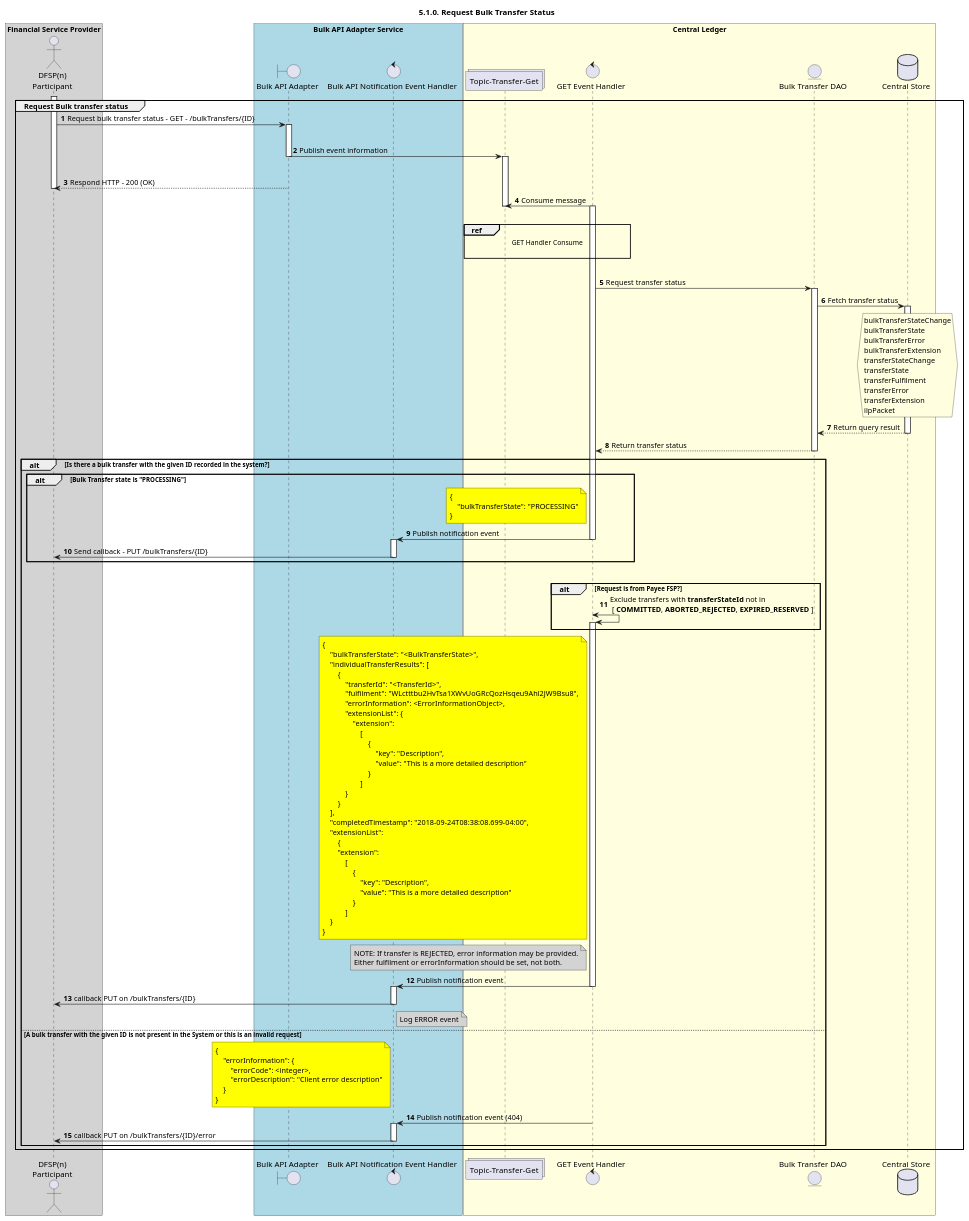
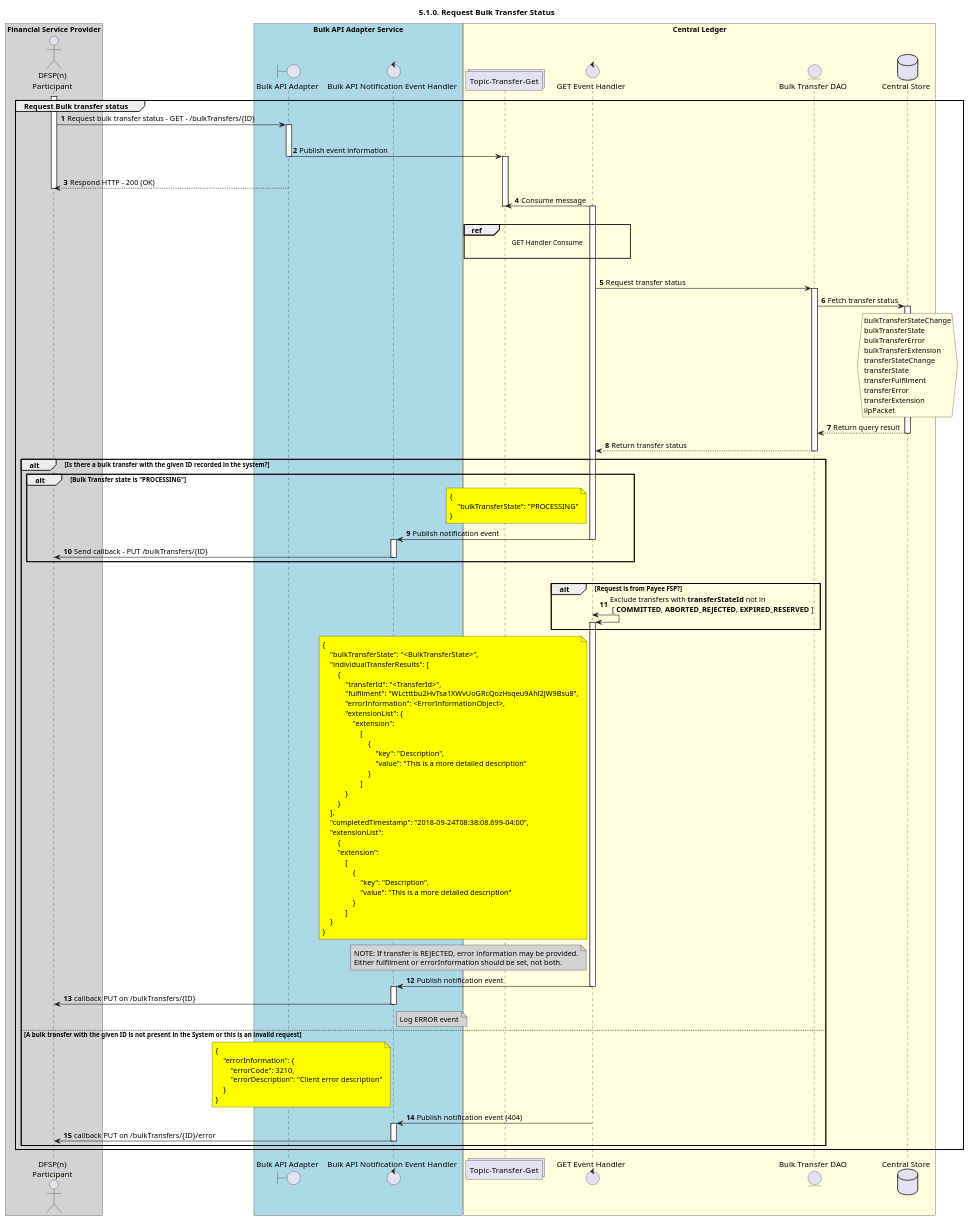
One commit to mojaloop/documentation changed the diagram in mojaloop-technical-overview/central-bulk-transfers/assets/diagrams/sequence/seq-bulk-5.1.0-get-overview.plantuml. Above: the diagram before and after it, drawn with PlantUML.

```diff
--- a/mojaloop-technical-overview/central-bulk-transfers/assets/diagrams/sequence/seq-bulk-5.1.0-get-overview.plantuml
+++ b/mojaloop-technical-overview/central-bulk-transfers/assets/diagrams/sequence/seq-bulk-5.1.0-get-overview.plantuml
@@ -25,156 +25,156 @@
 @startuml
 ' declate title
 title 5.1.0. Request Bulk Transfer Status
 
 autonumber
 
 ' declare actors
 actor "DFSP(n)\nParticipant" as DFSP
 control "Bulk API Notification Event Handler" as NOTIFY_HANDLER
 boundary "Bulk API Adapter" as BULKAPI
 collections "Topic-Transfer-Get" as TOPIC_GET
 control "GET Event Handler" as GET_HANDLER
 entity "Bulk Transfer DAO" as TRANSFER_DAO
 database "Central Store" as DB
 
 box "Financial Service Provider" #lightGray
 	participant DFSP
 end box
 box "Bulk API Adapter Service" #LightBlue
     participant BULKAPI
 	participant NOTIFY_HANDLER
 end box
 box "Central Ledger" #LightYellow
     participant TOPIC_GET
     participant GET_HANDLER
     participant TRANSFER_DAO
     participant DB
 end box
 
 ' start flow
 group Request Bulk transfer status
     activate DFSP
     DFSP -> BULKAPI: Request bulk transfer status - GET - /bulkTransfers/{ID}
     activate BULKAPI
     |||
     BULKAPI -> TOPIC_GET: Publish event information
     deactivate BULKAPI
     activate TOPIC_GET
     |||
     deactivate GET_HANDLER
     
     DFSP <-- BULKAPI: Respond HTTP - 200 (OK)
     deactivate DFSP
     deactivate BULKAPI
     GET_HANDLER -> TOPIC_GET: Consume message
     |||
     ref over TOPIC_GET, GET_HANDLER :  GET Handler Consume\n
     |||
     deactivate TOPIC_GET
     activate GET_HANDLER
     GET_HANDLER -> TRANSFER_DAO: Request transfer status
     activate TRANSFER_DAO
     TRANSFER_DAO -> DB: Fetch transfer status
 
     activate DB
     hnote over DB #lightyellow
         bulkTransferStateChange
         bulkTransferState
         bulkTransferError
         bulkTransferExtension
         transferStateChange
         transferState
         transferFulfilment
         transferError
         transferExtension
         ilpPacket
     end hnote
     TRANSFER_DAO <-- DB: Return query result
     deactivate DB
     
     GET_HANDLER <-- TRANSFER_DAO: Return transfer status
     deactivate TRANSFER_DAO
     
     alt Is there a bulk transfer with the given ID recorded in the system?
         alt Bulk Transfer state is **"PROCESSING"**
             note left of GET_HANDLER #yellow
                 {
                     "bulkTransferState": "PROCESSING"
                 }
             end note
             NOTIFY_HANDLER <- GET_HANDLER: Publish notification event
             deactivate GET_HANDLER
             activate NOTIFY_HANDLER
             NOTIFY_HANDLER -> DFSP: Send callback - PUT /bulkTransfers/{ID}
             deactivate NOTIFY_HANDLER
         end
         |||
         alt Request is from Payee FSP?
             GET_HANDLER <-> GET_HANDLER: Exclude transfers with **transferStateId** not in \n [ **COMMITTED**, **ABORTED_REJECTED**, **EXPIRED_RESERVED** ]
             activate GET_HANDLER
         end
         
         note left of GET_HANDLER #yellow
             {
                 "bulkTransferState": "<BulkTransferState>",
                 "individualTransferResults": [
                     {
                         "transferId": "<TransferId>",
                         "fulfilment": "WLctttbu2HvTsa1XWvUoGRcQozHsqeu9Ahl2JW9Bsu8",
                         "errorInformation": <ErrorInformationObject>,
                         "extensionList": {
                             "extension":
                                 [
                                     {
                                         "key": "Description",
                                         "value": "This is a more detailed description"
                                     }
                                 ]
                         }
                     }
                 ],
                 "completedTimestamp": "2018-09-24T08:38:08.699-04:00",
                 "extensionList":
                     {
                     "extension":
                         [
                             {
                                 "key": "Description",
                                 "value": "This is a more detailed description"
                             }
                         ]
                 }
             }
         end note
         note left of GET_HANDLER #lightGray
             NOTE: If transfer is REJECTED, error information may be provided.
             Either fulfilment or errorInformation should be set, not both.
         end note
         NOTIFY_HANDLER <- GET_HANDLER: Publish notification event
         deactivate GET_HANDLER
         activate NOTIFY_HANDLER
         DFSP <- NOTIFY_HANDLER: callback PUT on /bulkTransfers/{ID}
         deactivate NOTIFY_HANDLER
         note right of NOTIFY_HANDLER #lightgray
             Log ERROR event
         end note
     else A bulk transfer with the given ID is not present in the System or this is an invalid request
         note left of NOTIFY_HANDLER #yellow
             {
                 "errorInformation": {
-                    "errorCode": <integer>,
+                    "errorCode": 3210,
                     "errorDescription": "Client error description"
                 }
             }
         end note
         GET_HANDLER -> NOTIFY_HANDLER: Publish notification event (404)
         activate NOTIFY_HANDLER
         DFSP <- NOTIFY_HANDLER: callback PUT on /bulkTransfers/{ID}/error
         deactivate NOTIFY_HANDLER
     end
 
     deactivate GET_HANDLER
     deactivate NOTIFY_HANDLER
 deactivate DFSP
 end
 @enduml
```
